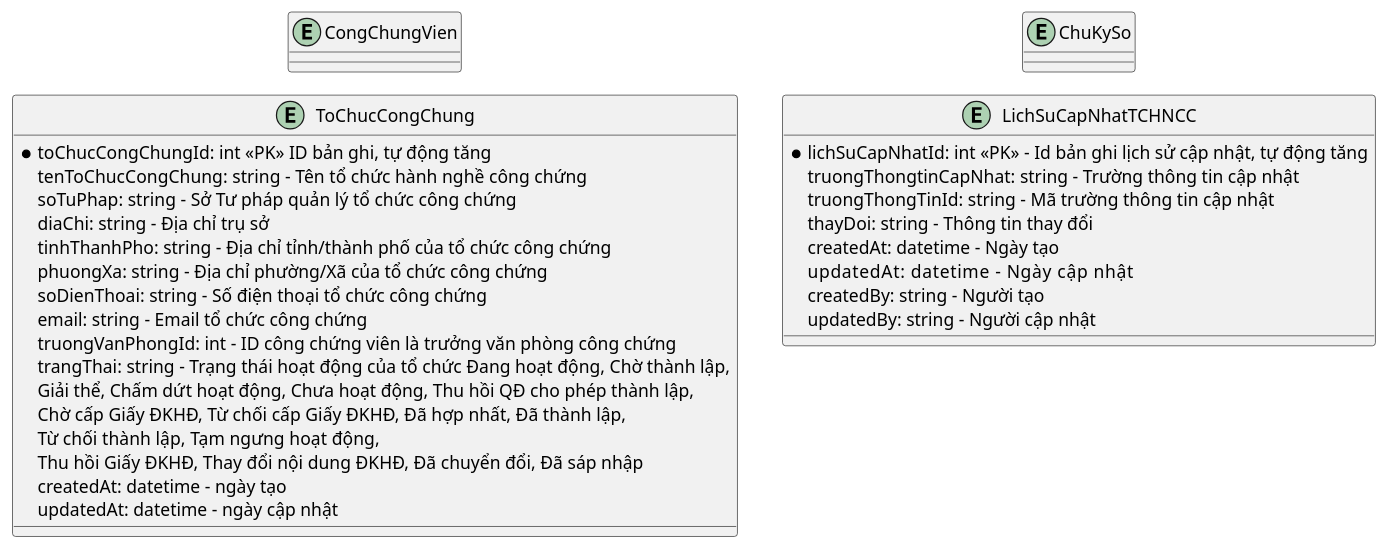
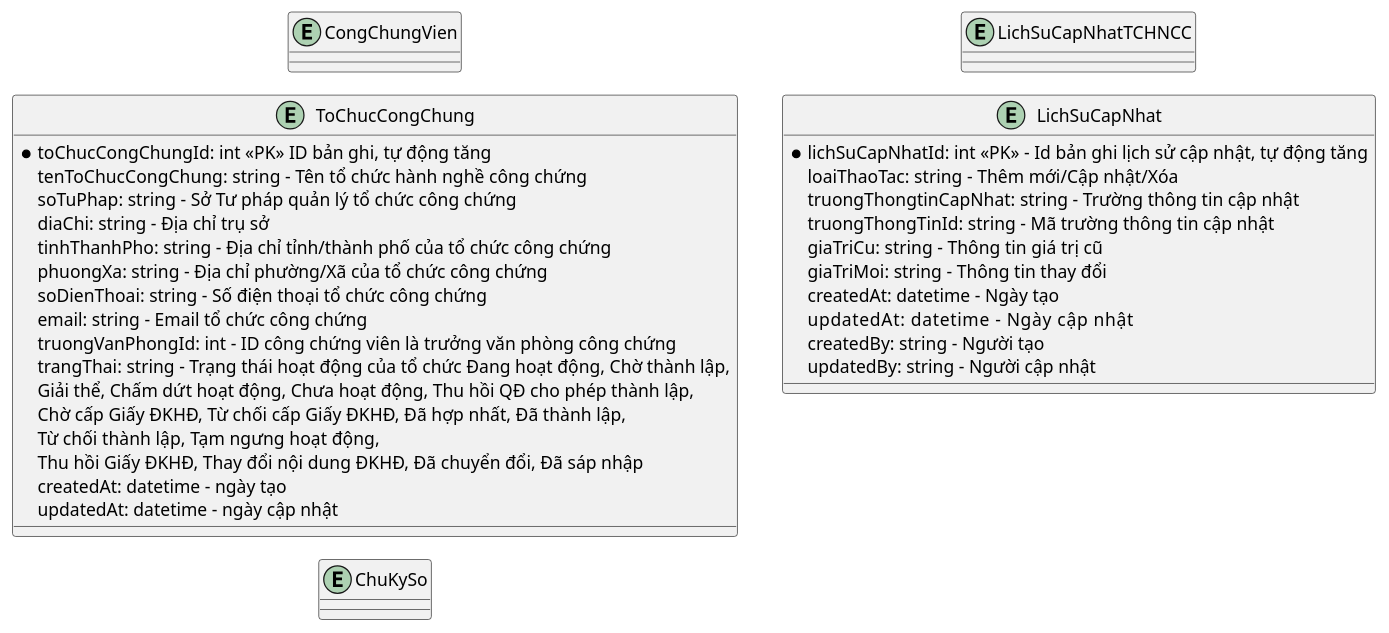
The diagram in Quản lý tổ chức hành nghề công chứng/3.ldm.puml (phuongpm23/nds-docs-test), drawn with PlantUML before and after one commit. The commit also changed 4 other files, not shown here.

```diff
--- a/Quản lý tổ chức hành nghề công chứng/3.ldm.puml
+++ b/Quản lý tổ chức hành nghề công chứng/3.ldm.puml
@@ -1,40 +1,42 @@
 @startuml ldm
 !pragma layout smetana
 left to right direction
 
 entity CongChungVien
 entity ToChucCongChung
 entity ChuKySo
 entity LichSuCapNhatTCHNCC
 
-entity LichSuCapNhatTCHNCC {
+entity LichSuCapNhat {
   *lichSuCapNhatId: int <<PK>> - Id bản ghi lịch sử cập nhật, tự động tăng
+  loaiThaoTac: string - Thêm mới/Cập nhật/Xóa
   truongThongtinCapNhat: string - Trường thông tin cập nhật
   truongThongTinId: string - Mã trường thông tin cập nhật
-  thayDoi: string - Thông tin thay đổi
+  giaTriCu: string - Thông tin giá trị cũ
+  giaTriMoi: string - Thông tin thay đổi
   createdAt: datetime - Ngày tạo
   updatedAt: datetime      - Ngày cập nhật
   createdBy: string - Người tạo
   updatedBy: string - Người cập nhật
 }
 
 entity ToChucCongChung {
   *toChucCongChungId: int <<PK>> ID bản ghi, tự động tăng
   tenToChucCongChung: string - Tên tổ chức hành nghề công chứng
   soTuPhap: string - Sở Tư pháp quản lý tổ chức công chứng
   diaChi: string - Địa chỉ trụ sở
   tinhThanhPho: string - Địa chỉ tỉnh/thành phố của tổ chức công chứng
   phuongXa: string - Địa chỉ phường/Xã của tổ chức công chứng
   soDienThoai: string - Số điện thoại tổ chức công chứng
   email: string - Email tổ chức công chứng
   truongVanPhongId: int - ID công chứng viên là trưởng văn phòng công chứng
   trangThai: string - Trạng thái hoạt động của tổ chức Đang hoạt động, Chờ thành lập, 
     Giải thể, Chấm dứt hoạt động, Chưa hoạt động, Thu hồi QĐ cho phép thành lập, 
     Chờ cấp Giấy ĐKHĐ, Từ chối cấp Giấy ĐKHĐ, Đã hợp nhất, Đã thành lập, 
     Từ chối thành lập, Tạm ngưng hoạt động, 
     Thu hồi Giấy ĐKHĐ, Thay đổi nội dung ĐKHĐ, Đã chuyển đổi, Đã sáp nhập
   createdAt: datetime - ngày tạo
   updatedAt: datetime - ngày cập nhật
 }
 
 @enduml
```
